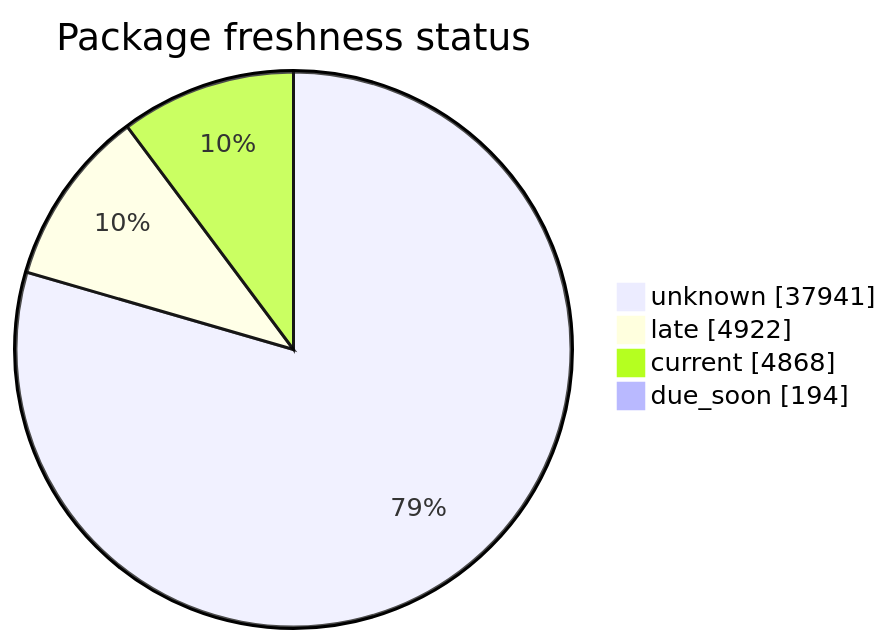
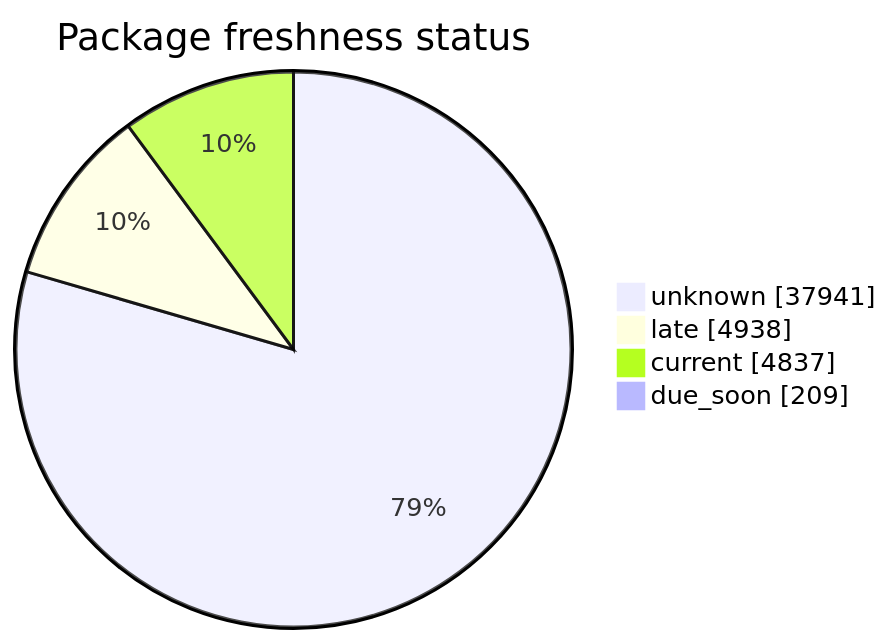
One commit to open-data/analytics-corporate-reporting changed the second of 5 diagrams in FreshCheck/README.md. Above: the diagram before and after it, drawn with Mermaid. The commit also changed other lines of this file and 3 other files, not shown here.

````diff
--- a/FreshCheck/README.md
+++ b/FreshCheck/README.md
@@ -68,7 +68,7 @@
 ```mermaid
 pie showData title Package freshness status
     "unknown": 37941
-    "late": 4922
-    "current": 4868
-    "due_soon": 194
+    "late": 4938
+    "current": 4837
+    "due_soon": 209
 ```
````
